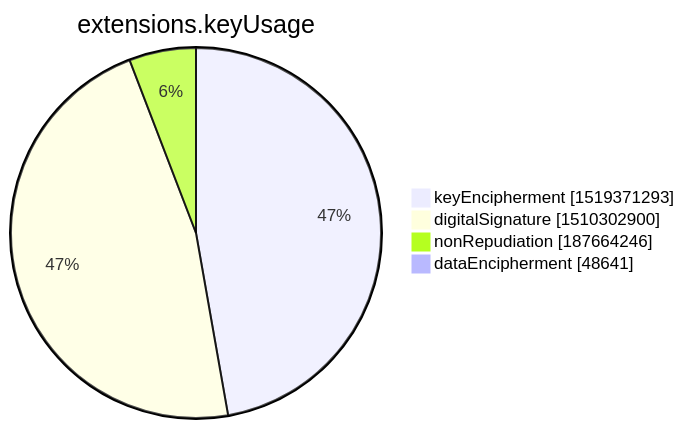
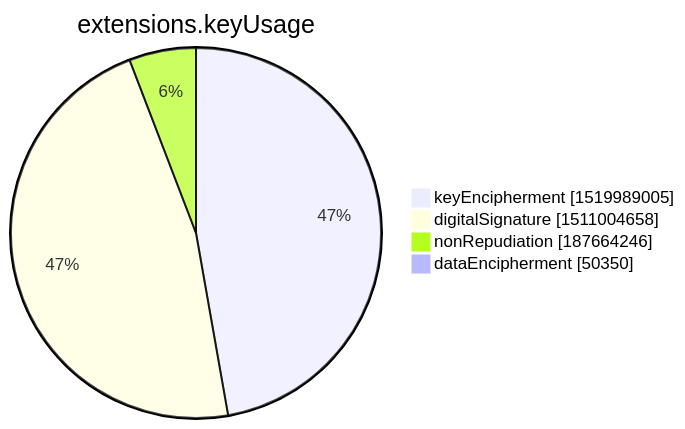
Before and after one commit to christiankrug/ctmonitor_visualization: the seventh of 15 diagrams in xenon2022/README.md, drawn with Mermaid. The commit also changed other lines of this file, not shown here.

````diff
--- a/xenon2022/README.md
+++ b/xenon2022/README.md
@@ -2846,8 +2846,8 @@
 ```mermaid
 pie showData
 title extensions.keyUsage
-"keyEncipherment" :1519371293
-"digitalSignature" :1510302900
+"keyEncipherment" :1519989005
+"digitalSignature" :1511004658
 "nonRepudiation" :187664246
-"dataEncipherment" :48641
+"dataEncipherment" :50350
 ```
````
